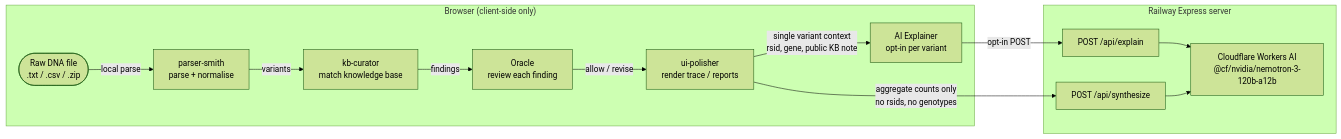
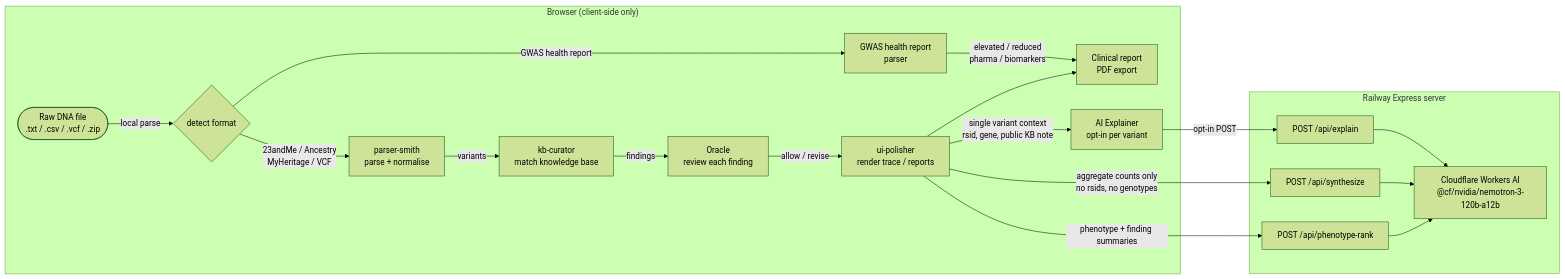
One commit to arananet/genome-lens changed the first of 2 diagrams in README.md. Above: the diagram before and after it, drawn with Mermaid (forest theme). The commit also changed other lines of this file and 3 other files, not shown here.

First line of the commit message:
Update README and specs for VCF, clinical export, and GWAS report features

````diff
--- a/README.md
+++ b/README.md
@@ -102,27 +121,37 @@
 ```mermaid
 flowchart LR
     subgraph browser["Browser (client-side only)"]
-        FILE([Raw DNA file\n.txt / .csv / .zip])
+        FILE([Raw DNA file\n.txt / .csv / .vcf / .zip])
+        DETECT{detect format}
         PARSE[parser-smith\nparse + normalise]
+        HR[GWAS health report\nparser]
         KB[kb-curator\nmatch knowledge base]
         ORACLE_B[Oracle\nreview each finding]
         UI[ui-polisher\nrender trace / reports]
+        REPORT[Clinical report\nPDF export]
         EXPLAIN[AI Explainer\nopt-in per variant]
     end
 
     subgraph server["Railway Express server"]
         API_EXPLAIN[POST /api/explain]
         API_SYNTH[POST /api/synthesize]
+        API_PHENO[POST /api/phenotype-rank]
         CF[Cloudflare Workers AI\n@cf/nvidia/nemotron-3-120b-a12b]
     end
 
-    FILE -->|local parse| PARSE
+    FILE -->|local parse| DETECT
+    DETECT -->|23andMe / Ancestry\nMyHeritage / VCF| PARSE
+    DETECT -->|GWAS health report| HR
     PARSE -->|variants| KB
     KB -->|findings| ORACLE_B
     ORACLE_B -->|allow / revise| UI
+    HR -->|elevated / reduced\npharma / biomarkers| REPORT
     UI -->|single variant context\nrsid, gene, public KB note| EXPLAIN
+    UI --> REPORT
     EXPLAIN -->|opt-in POST| API_EXPLAIN
     API_EXPLAIN --> CF
     UI -->|aggregate counts only\nno rsids, no genotypes| API_SYNTH
     API_SYNTH --> CF
+    UI -->|phenotype + finding summaries| API_PHENO
+    API_PHENO --> CF
 ```
````
